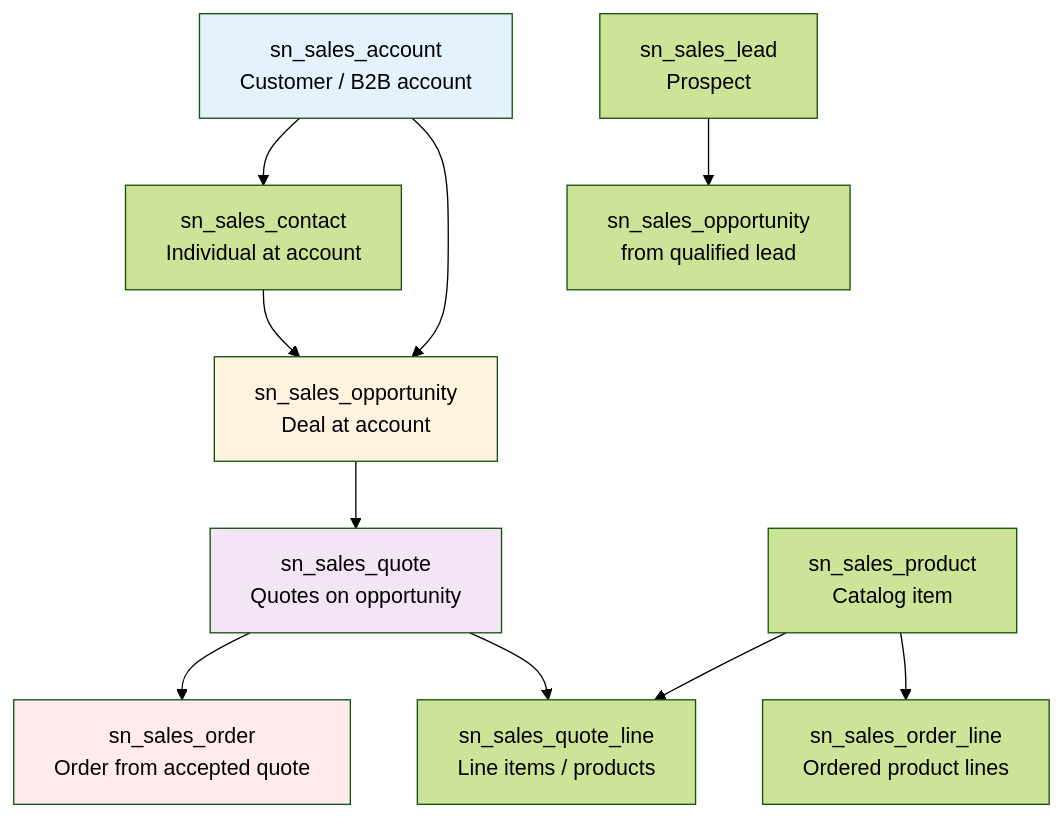
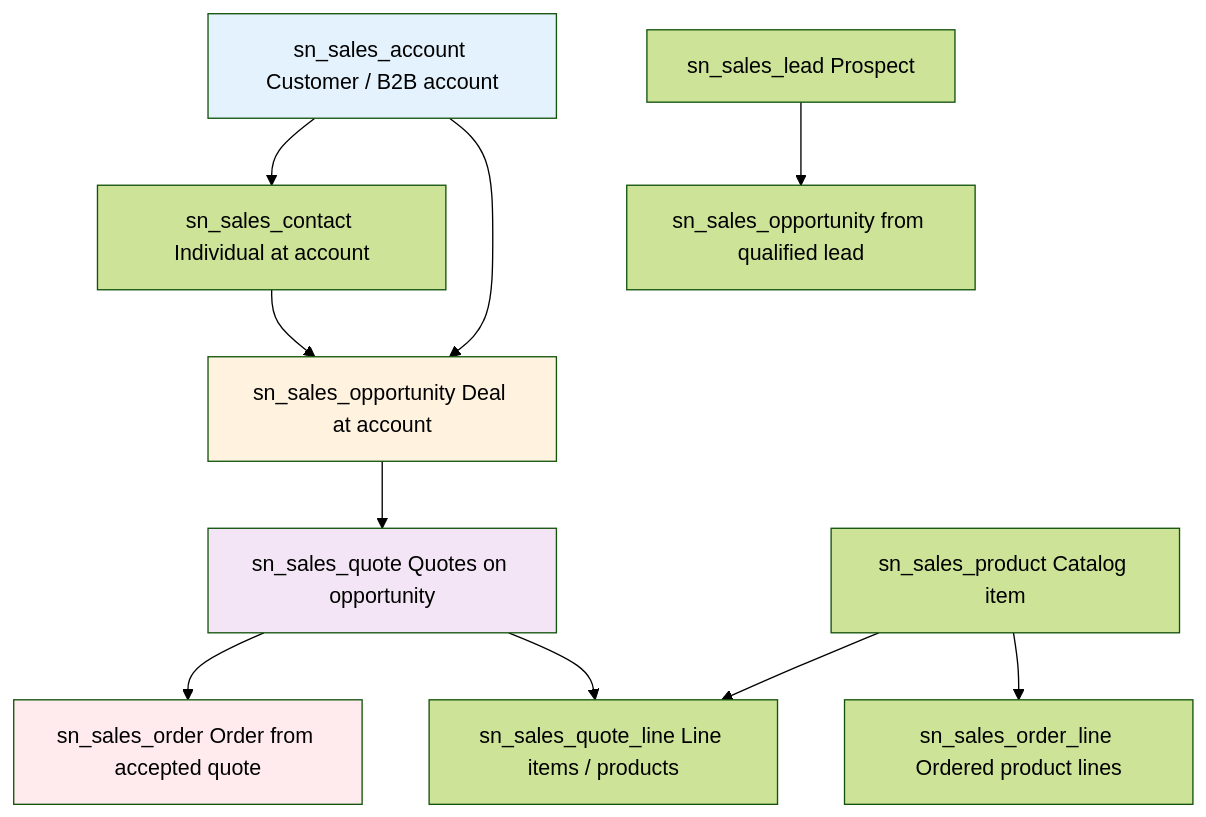
The second of 5 diagrams in docs/modules/sales-crm/sales-crm-guide.md (eltonaguiar/ServiceNow_Learning_TSOM-_CSM_FSM_SalesCRM_HAM_ITSM), drawn with Mermaid (forest theme) before and after one commit. The commit also changed other lines of this file and 11 other files, not shown here.

First line of the commit message:
Fix all mermaid diagrams: remove br/ tags that break rendering on GitHub Pages

````diff
--- a/docs/modules/sales-crm/sales-crm-guide.md
+++ b/docs/modules/sales-crm/sales-crm-guide.md
@@ -469,19 +469,19 @@
 ```mermaid
 graph TD
-    A[sn_sales_account<br/>Customer / B2B account] --> C[sn_sales_contact<br/>Individual at account]
-    A --> O[sn_sales_opportunity<br/>Deal at account]
+    A[sn_sales_account Customer / B2B account] --> C[sn_sales_contact Individual at account]
+    A --> O[sn_sales_opportunity Deal at account]
     C --> O
 
-    L[sn_sales_lead<br/>Prospect] --> O2[sn_sales_opportunity<br/>from qualified lead]
-    O --> Q[sn_sales_quote<br/>Quotes on opportunity]
-    Q --> OR[sn_sales_order<br/>Order from accepted quote]
-    Q --> QL[sn_sales_quote_line<br/>Line items / products]
+    L[sn_sales_lead Prospect] --> O2[sn_sales_opportunity from qualified lead]
+    O --> Q[sn_sales_quote Quotes on opportunity]
+    Q --> OR[sn_sales_order Order from accepted quote]
+    Q --> QL[sn_sales_quote_line Line items / products]
 
-    P[sn_sales_product<br/>Catalog item] --> QL
-    P --> OR2[sn_sales_order_line<br/>Ordered product lines]
+    P[sn_sales_product Catalog item] --> QL
+    P --> OR2[sn_sales_order_line Ordered product lines]
 
     style A fill:#e3f2fd,color:#000
     style O fill:#fff3e0,color:#000
     style Q fill:#f3e5f5,color:#000
     style OR fill:#ffebee,color:#000
 ```
````
